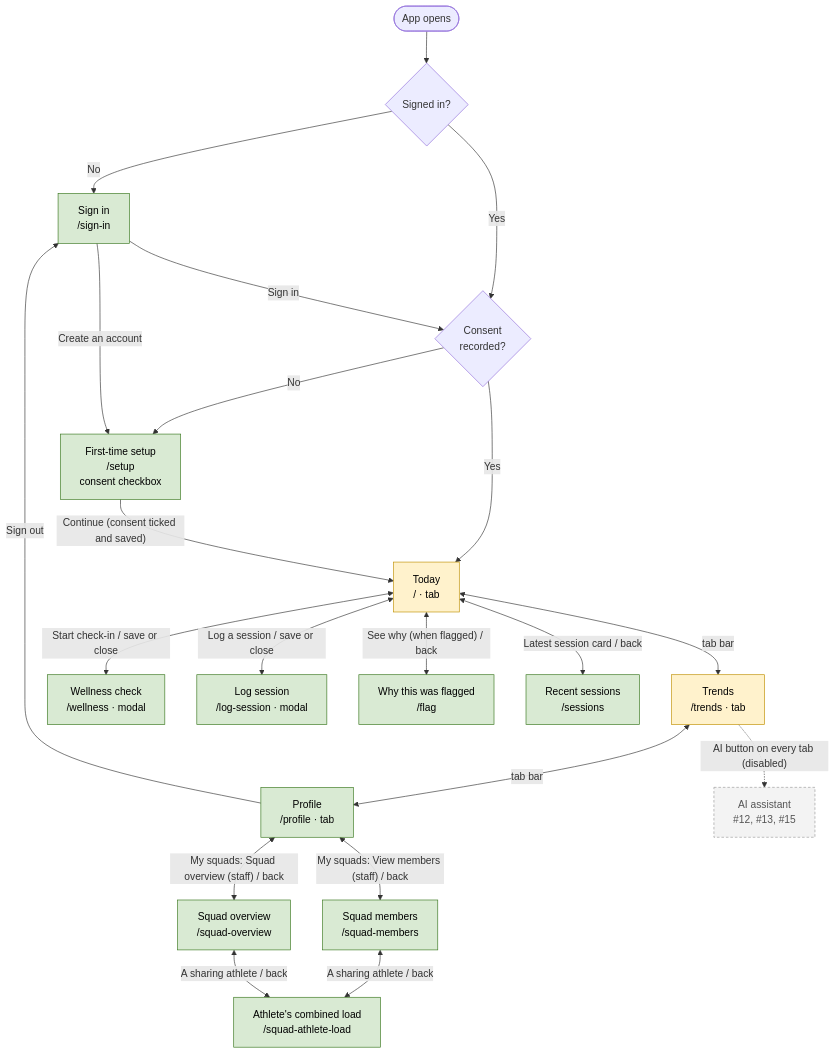
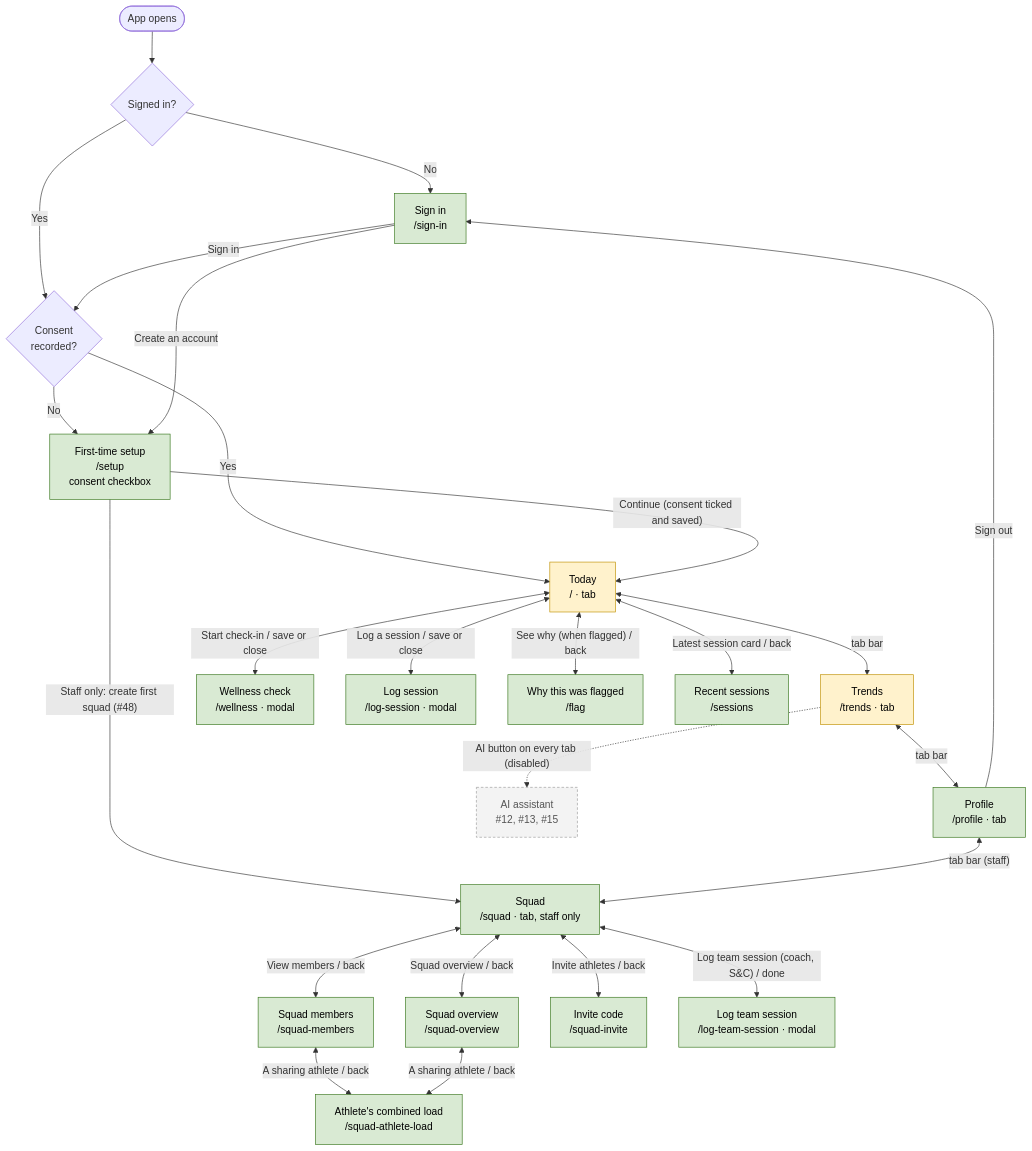
Before and after one commit to peterbryson/LoadWise: the first of 2 diagrams in docs/design/navigation-map.md, drawn with Mermaid. The commit also changed other lines of this file and 5 other files, not shown here.

First line of the commit message:
docs: records for the coach-flow stories (#48, #49, #50, #51, #17, #21)

````diff
--- a/docs/design/navigation-map.md
+++ b/docs/design/navigation-map.md
@@ -13,35 +13,40 @@
 ```mermaid
 flowchart TD
   start([App opens]) --> auth{Signed in?}
   auth -- No --> signin[Sign in<br/>/sign-in]
   auth -- Yes --> consent{Consent<br/>recorded?}
   consent -- Yes --> today
   consent -- No --> setup
   signin -- "Create an account" --> setup[First-time setup<br/>/setup<br/>consent checkbox]
   setup -- "Continue (consent ticked and saved)" --> today
   signin -- "Sign in" --> consent
 
   today[Today<br/>/ · tab]
   trends[Trends<br/>/trends · tab]
   profile[Profile<br/>/profile · tab]
   today <-- "tab bar" --> trends
   trends <-- "tab bar" --> profile
 
   today <-- "Start check-in / save or close" --> wellness[Wellness check<br/>/wellness · modal]
   today <-- "Log a session / save or close" --> logsession[Log session<br/>/log-session · modal]
   today <-- "See why (when flagged) / back" --> flag[Why this was flagged<br/>/flag]
   today <-- "Latest session card / back" --> history[Recent sessions<br/>/sessions]
   trends -.->|"AI button on every tab (disabled)"| ai[AI assistant<br/>#12, #13, #15]:::planned
 
   profile -- "Sign out" --> signin
-  profile <-- "My squads: View members (staff) / back" --> members[Squad members<br/>/squad-members]
-  profile <-- "My squads: Squad overview (staff) / back" --> overview[Squad overview<br/>/squad-overview]
+  setup -- "Staff only: create first squad (#48)" --> squadtab
+  squadtab[Squad<br/>/squad · tab, staff only]
+  profile <-- "tab bar (staff)" --> squadtab
+  squadtab <-- "View members / back" --> members[Squad members<br/>/squad-members]
+  squadtab <-- "Squad overview / back" --> overview[Squad overview<br/>/squad-overview]
+  squadtab <-- "Invite athletes / back" --> invite[Invite code<br/>/squad-invite]
+  squadtab <-- "Log team session (coach, S&C) / done" --> teamsession[Log team session<br/>/log-team-session · modal]
   members <-- "A sharing athlete / back" --> athleteload[Athlete's combined load<br/>/squad-athlete-load]
   overview <-- "A sharing athlete / back" --> athleteload
 
-  class signin,setup,profile,wellness,logsession,history,flag,members,overview,athleteload real
+  class signin,setup,profile,wellness,logsession,history,flag,members,overview,athleteload,squadtab,invite,teamsession real
   class today,trends preview
   classDef real fill:#d9ead3,stroke:#38761d,color:#000
   classDef preview fill:#fff2cc,stroke:#bf9000,color:#000
   classDef planned fill:#f3f3f3,stroke:#999,stroke-dasharray:4 3,color:#555
 ```
````
